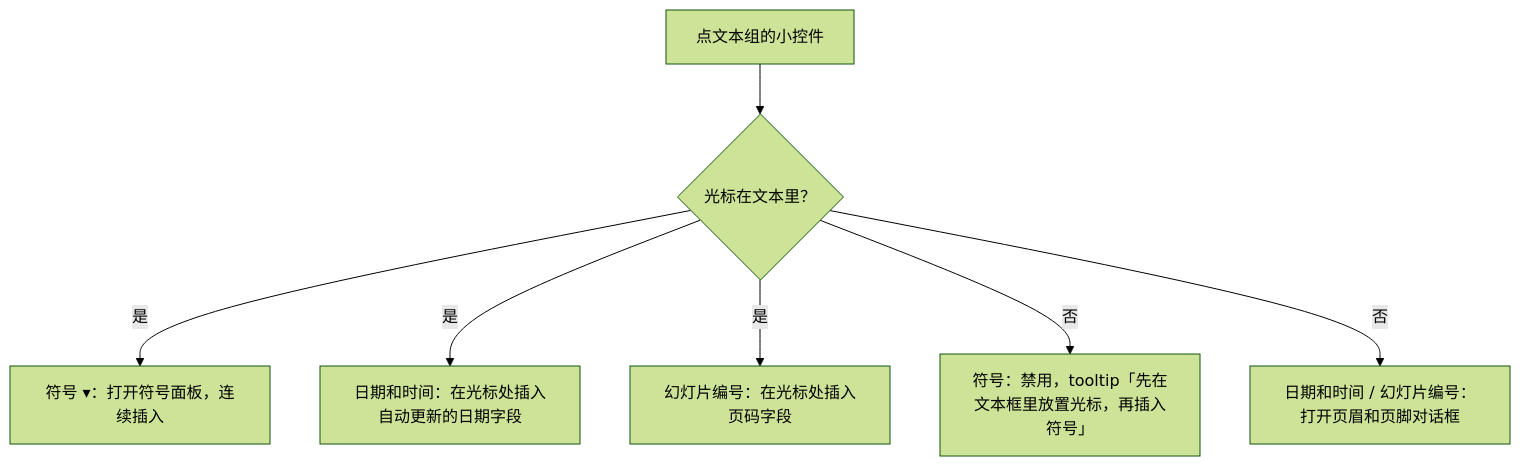
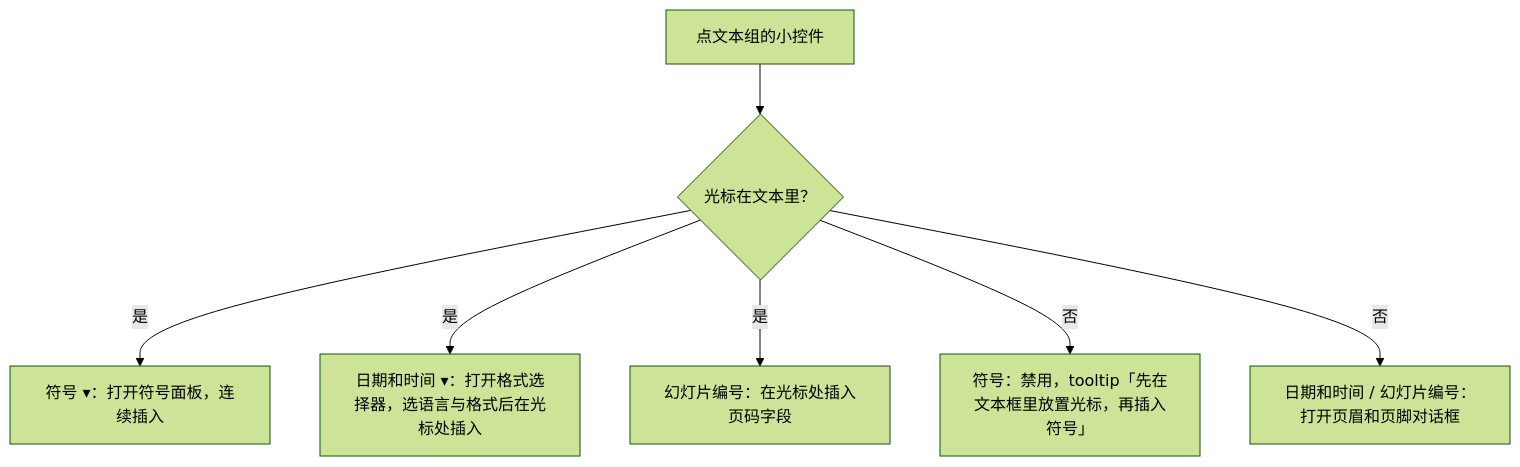
The first of 2 diagrams in docs/20-design/03-screens/04-insert-menu.md (Xeonice/cordis-ppt-editor), drawn with Mermaid (forest theme) before and after one commit. The commit also changed other lines of this file and 42 other files, not shown here.

First line of the commit message:
docs(design): 表格与图表编辑、占位符图标条、日期格式选择器样张与设计稿

````diff
--- a/docs/20-design/03-screens/04-insert-menu.md
+++ b/docs/20-design/03-screens/04-insert-menu.md
@@ -107,9 +118,9 @@
 ```mermaid
 flowchart TB
   click["点文本组的小控件"] --> editing{"光标在文本里？"}
   editing -->|"是"| sym["符号 ▾：打开符号面板，连续插入"]
-  editing -->|"是"| date["日期和时间：在光标处插入自动更新的日期字段"]
+  editing -->|"是"| date["日期和时间 ▾：打开格式选择器，选语言与格式后在光标处插入"]
   editing -->|"是"| num["幻灯片编号：在光标处插入页码字段"]
   editing -->|"否"| symOff["符号：禁用，tooltip「先在文本框里放置光标，再插入符号」"]
   editing -->|"否"| hf["日期和时间 / 幻灯片编号：打开页眉和页脚对话框"]
 ```
````
